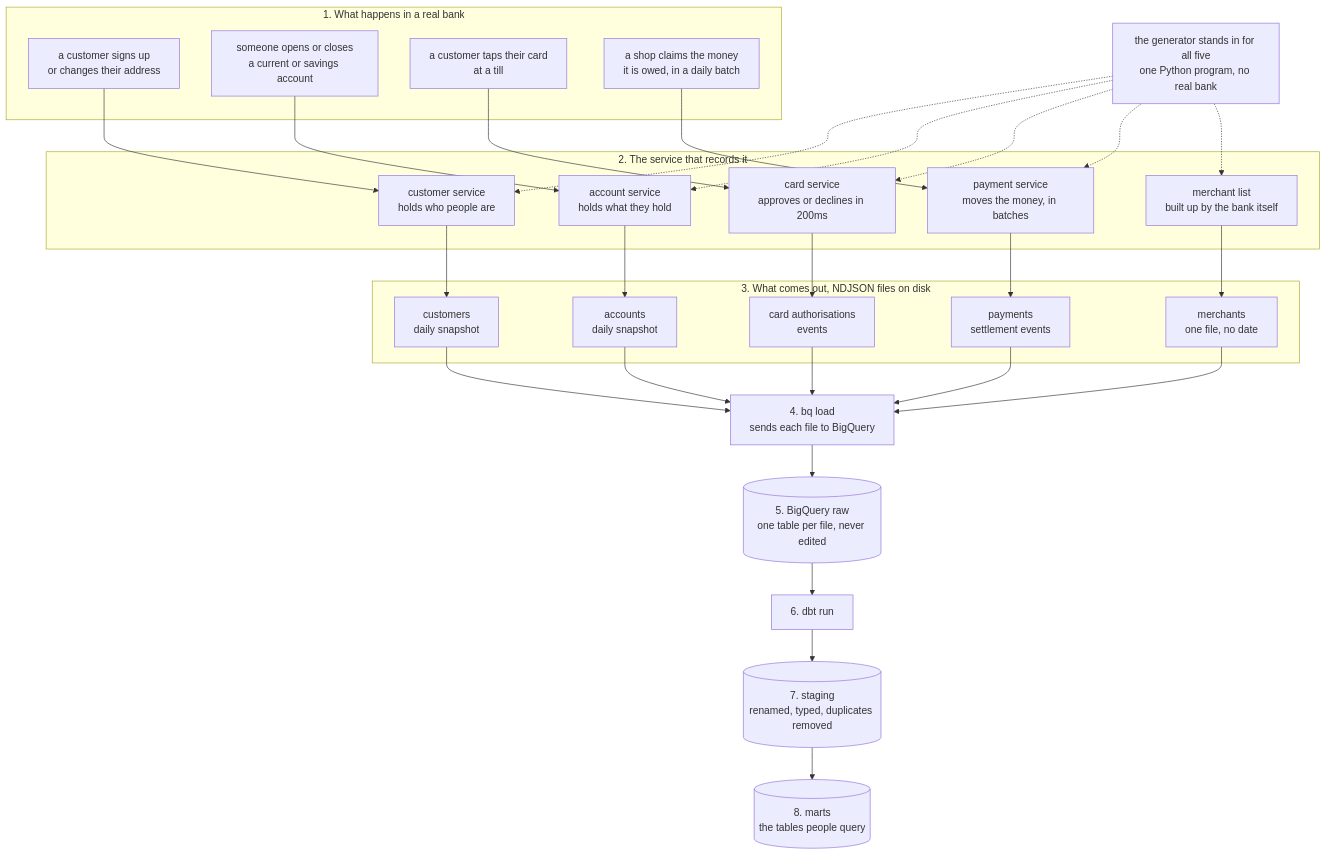
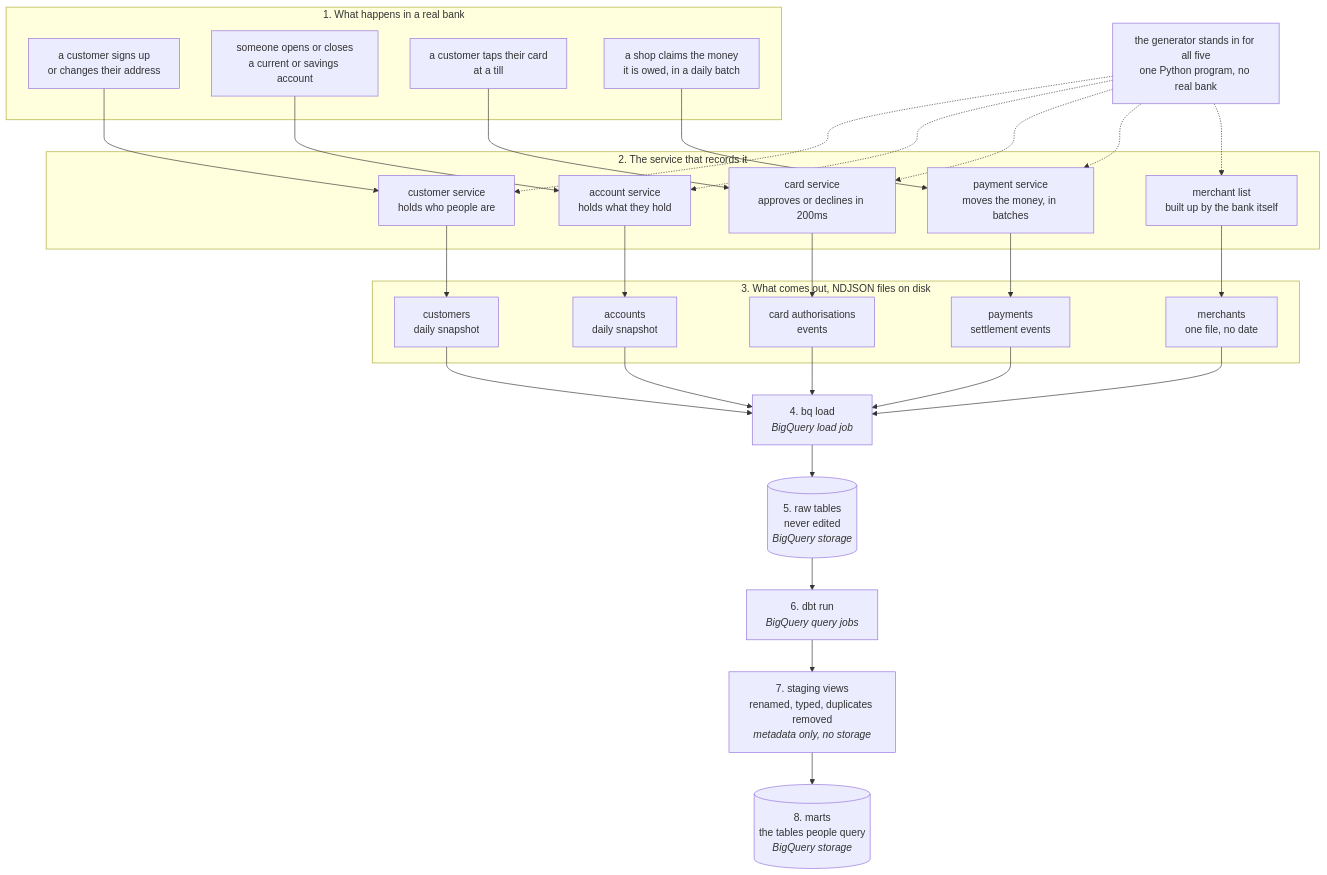
The first of 3 diagrams in docs/architecture.md (faithcodes-lab/neobank-warehouse), drawn with Mermaid before and after one commit. The commit also changed other lines of this file, not shown here.

Commit message:
show which part of bigquery runs each step

````diff
--- a/docs/architecture.md
+++ b/docs/architecture.md
@@ -17,52 +17,52 @@
 ```mermaid
 flowchart TD
     subgraph world["1. What happens in a real bank"]
         w1["a customer signs up<br/>or changes their address"]
         w2["someone opens or closes<br/>a current or savings account"]
         w3["a customer taps their card<br/>at a till"]
         w4["a shop claims the money<br/>it is owed, in a daily batch"]
     end
 
     subgraph svc["2. The service that records it"]
         s1["customer service<br/>holds who people are"]
         s2["account service<br/>holds what they hold"]
         s3["card service<br/>approves or declines in 200ms"]
         s4["payment service<br/>moves the money, in batches"]
         s5["merchant list<br/>built up by the bank itself"]
     end
 
     gen["the generator stands in for all five<br/>one Python program, no real bank"]
 
     subgraph out["3. What comes out, NDJSON files on disk"]
         f1["customers<br/>daily snapshot"]
         f2["accounts<br/>daily snapshot"]
         f3["card authorisations<br/>events"]
         f4["payments<br/>settlement events"]
         f5["merchants<br/>one file, no date"]
     end
 
-    load["4. bq load<br/>sends each file to BigQuery"]
-    rawt[("5. BigQuery raw<br/>one table per file, never edited")]
-    dbtrun["6. dbt run"]
-    stg[("7. staging<br/>renamed, typed, duplicates removed")]
-    final[("8. marts<br/>the tables people query")]
+    load["4. bq load<br/><i>BigQuery load job</i>"]
+    rawt[("5. raw tables<br/>never edited<br/><i>BigQuery storage</i>")]
+    dbtrun["6. dbt run<br/><i>BigQuery query jobs</i>"]
+    stg["7. staging views<br/>renamed, typed, duplicates removed<br/><i>metadata only, no storage</i>"]
+    final[("8. marts<br/>the tables people query<br/><i>BigQuery storage</i>")]
 
     w1 --> s1
     w2 --> s2
     w3 --> s3
     w4 --> s4
 
     s1 --> f1
     s2 --> f2
     s3 --> f3
     s4 --> f4
     s5 --> f5
 
     gen -.-> s1 & s2 & s3 & s4 & s5
 
     f1 & f2 & f3 & f4 & f5 --> load
     load --> rawt
     rawt --> dbtrun
     dbtrun --> stg
     stg --> final
 ```
````
